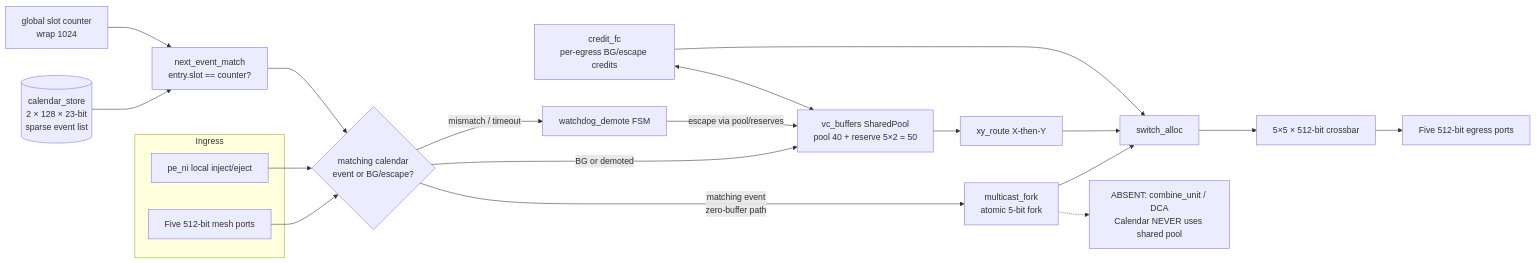
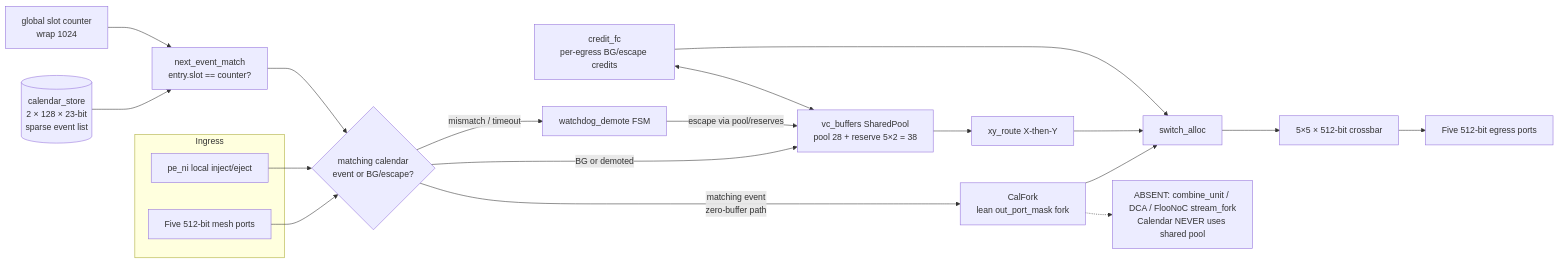
One commit to lukebest/booksim2 changed the second of 5 diagrams in docs/phase-2-architecture/architecture-diagram.md. Above: the diagram before and after it, drawn with Mermaid. The commit also changed other lines of this file and 30 other files, not shown here.

First line of the commit message:
dse: Trial 5 Arch-A5 CalFork + lean SharedPool — area 0.746×

````diff
--- a/docs/phase-2-architecture/architecture-diagram.md
+++ b/docs/phase-2-architecture/architecture-diagram.md
@@ -32,35 +32,35 @@
 ```mermaid
 flowchart LR
   subgraph ingress["Ingress"]
     mesh_in["Five 512-bit mesh ports"]
     pe_ni["pe_ni local inject/eject"]
   end
 
   slot_ctr["global slot counter<br/>wrap 1024"]
   calendar_store[("calendar_store<br/>2 × 128 × 23-bit<br/>sparse event list")]
   next_match["next_event_match<br/>entry.slot == counter?"]
   calendar_store --> next_match
   slot_ctr --> next_match
 
   mesh_in --> classify{"matching calendar<br/>event or BG/escape?"}
   pe_ni --> classify
   next_match --> classify
 
-  classify -->|"matching event<br/>zero-buffer path"| multicast_fork["multicast_fork<br/>atomic 5-bit fork"]
-  multicast_fork --> switch_alloc["switch_alloc"]
+  classify -->|"matching event<br/>zero-buffer path"| cal_fork["CalFork<br/>lean out_port_mask fork"]
+  cal_fork --> switch_alloc["switch_alloc"]
 
-  classify -->|"BG or demoted"| vc_buffers["vc_buffers SharedPool<br/>pool 40 + reserve 5×2 = 50"]
+  classify -->|"BG or demoted"| vc_buffers["vc_buffers SharedPool<br/>pool 28 + reserve 5×2 = 38"]
   vc_buffers --> xy_route["xy_route X-then-Y"]
   xy_route --> switch_alloc
 
   classify -->|"mismatch / timeout"| watchdog_demote["watchdog_demote FSM"]
   watchdog_demote -->|"escape via pool/reserves"| vc_buffers
 
   switch_alloc --> crossbar["5×5 × 512-bit crossbar"]
   crossbar --> mesh_out["Five 512-bit egress ports"]
   credit_fc["credit_fc<br/>per-egress BG/escape credits"] <--> vc_buffers
   credit_fc --> switch_alloc
 
-  absent["ABSENT: combine_unit / DCA<br/>Calendar NEVER uses shared pool"]
-  multicast_fork -.-> absent
+  absent["ABSENT: combine_unit / DCA / FlooNoC stream_fork<br/>Calendar NEVER uses shared pool"]
+  cal_fork -.-> absent
 ```
````
